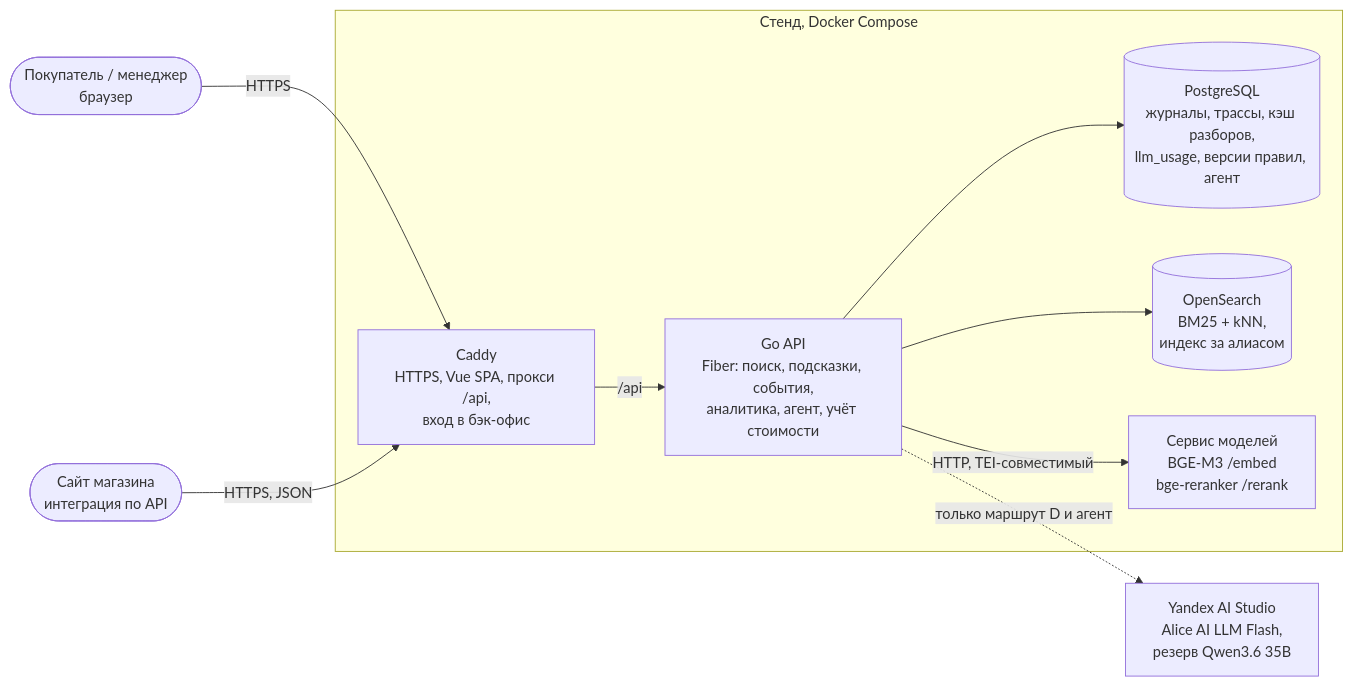
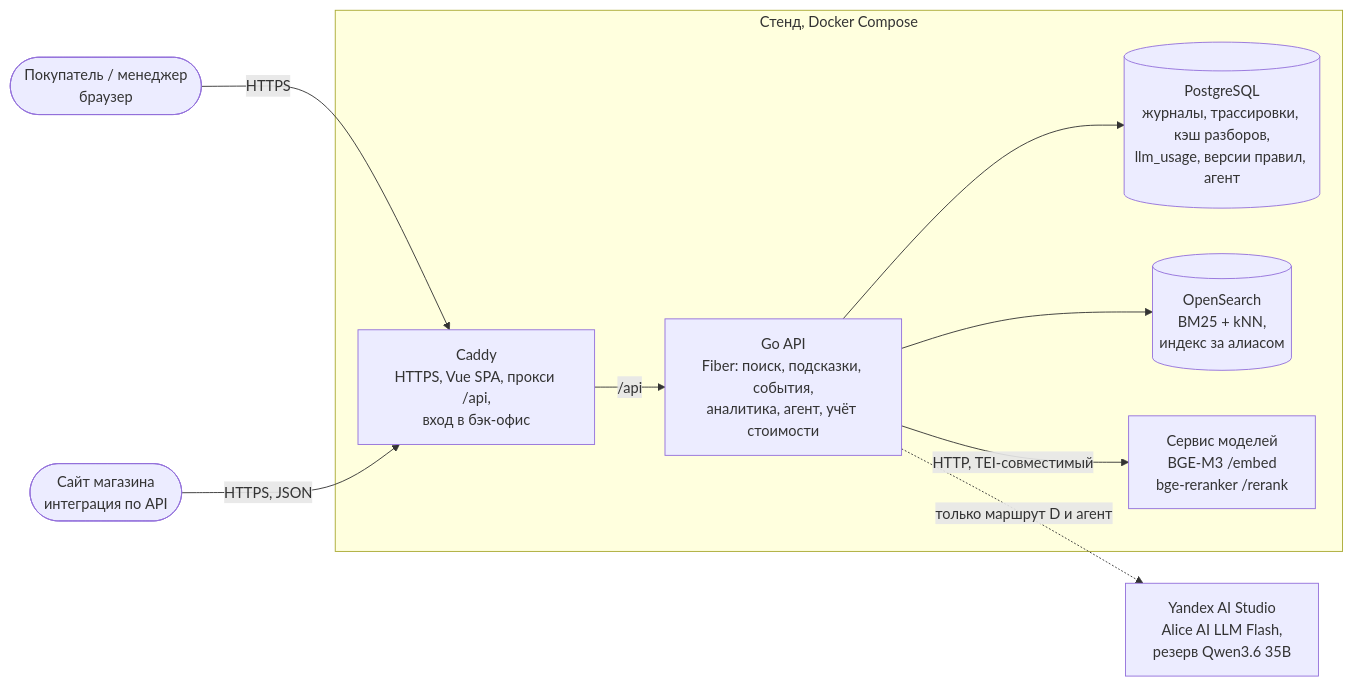
Before and after one commit to olegator-rus/rokotovka-plexet-kuznitsa: the first of 5 diagrams in docs/ARCHITECTURE.md, drawn with Mermaid. The commit also changed other lines of this file and 109 other files, not shown here.

````diff
--- a/docs/ARCHITECTURE.md
+++ b/docs/ARCHITECTURE.md
@@ -55,23 +55,23 @@
 ```mermaid
 flowchart LR
     buyer([Покупатель / менеджер<br/>браузер])
     shop([Сайт магазина<br/>интеграция по API])
 
     subgraph stand [Стенд, Docker Compose]
         web[Caddy<br/>HTTPS, Vue SPA, прокси /api,<br/>вход в бэк-офис]
         api[Go API<br/>Fiber: поиск, подсказки, события,<br/>аналитика, агент, учёт стоимости]
-        pg[(PostgreSQL<br/>журналы, трассы, кэш разборов,<br/>llm_usage, версии правил, агент)]
+        pg[(PostgreSQL<br/>журналы, трассировки, кэш разборов,<br/>llm_usage, версии правил, агент)]
         os[(OpenSearch<br/>BM25 + kNN,<br/>индекс за алиасом)]
         ml[Сервис моделей<br/>BGE-M3 /embed<br/>bge-reranker /rerank]
     end
 
     llm[Yandex AI Studio<br/>Alice AI LLM Flash,<br/>резерв Qwen3.6 35B]
 
     buyer -->|HTTPS| web
     shop -->|HTTPS, JSON| web
     web -->|/api| api
     api --> pg
     api --> os
     api -->|HTTP, TEI-совместимый| ml
     api -.->|только маршрут D и агент| llm
 ```
````
